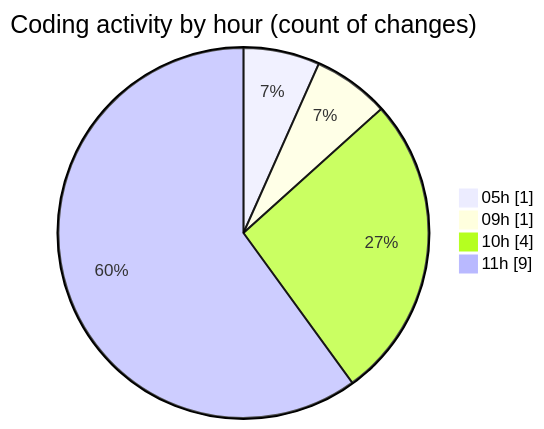
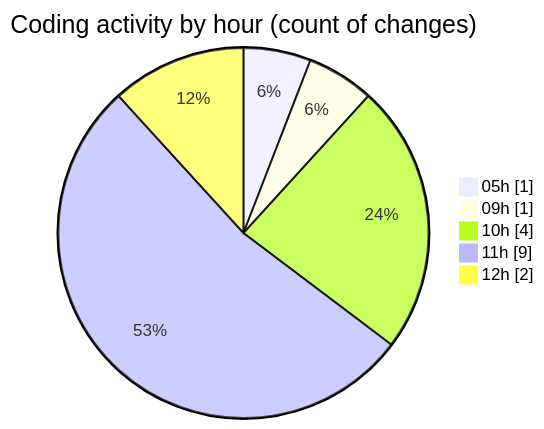
One commit to FelipKnott/code-tracking changed the second of 2 diagrams in 2025-07-13/cursor/README.md. Above: the diagram before and after it, drawn with Mermaid. The commit also changed other lines of this file and 1 other file, not shown here.

````diff
--- a/2025-07-13/cursor/README.md
+++ b/2025-07-13/cursor/README.md
@@ -35,8 +35,9 @@
 ```mermaid
 pie showData
 title Coding activity by hour (count of changes)
 "05h" : 1
 "09h" : 1
 "10h" : 4
 "11h" : 9
+"12h" : 2
 ```
````
